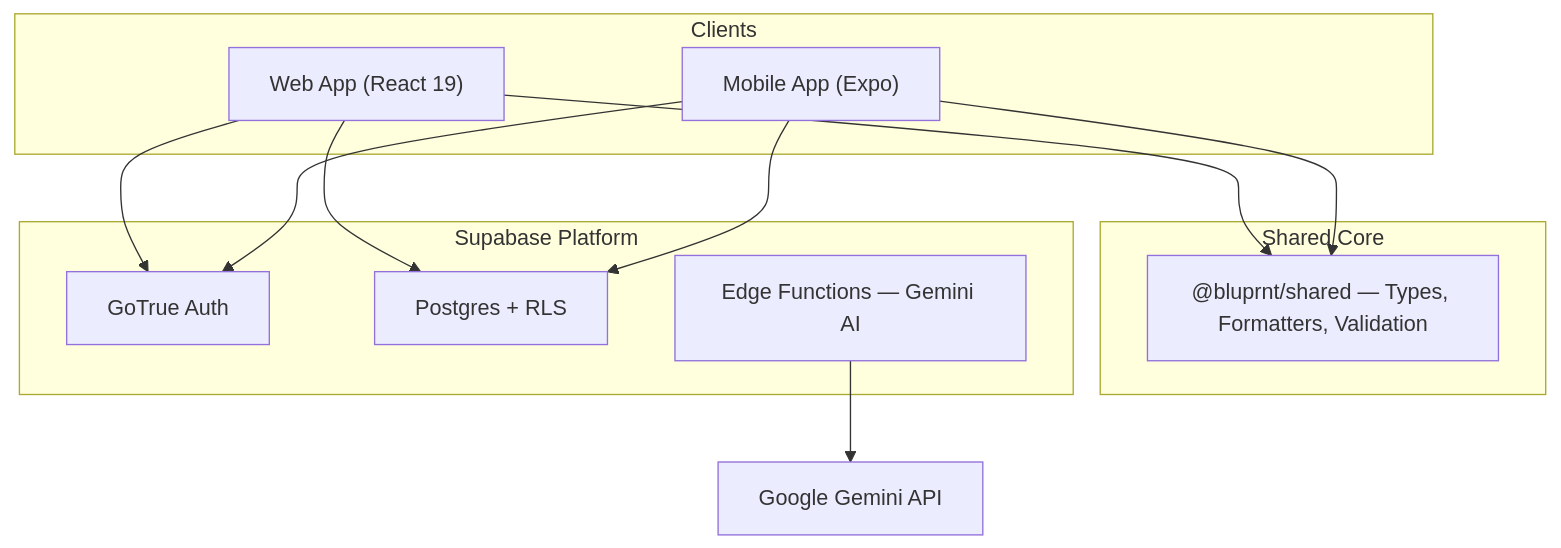
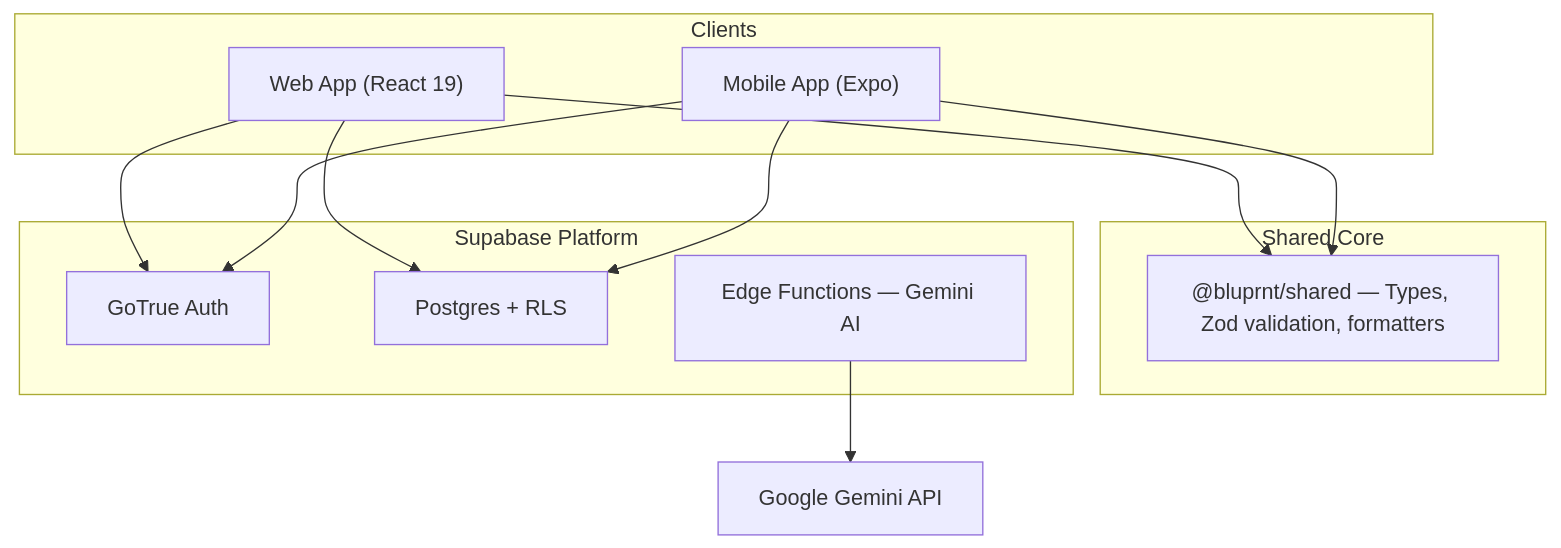
Before and after one commit to bantoinese83/BLUPRNT.AI: the diagram in README.md, drawn with Mermaid. The commit also changed other lines of this file and 46 other files, not shown here.

````diff
--- a/README.md
+++ b/README.md
@@ -42,25 +42,25 @@
 ```mermaid
 flowchart TB
   subgraph clients[Clients]
     Web["Web App (React 19)"]
     Mobile["Mobile App (Expo)"]
   end
 
   subgraph shared_pkg["Shared Core"]
-    SH["@bluprnt/shared — Types, Formatters, Validation"]
+    SH["@bluprnt/shared — Types, Zod validation, formatters"]
   end
 
   subgraph supabase[Supabase Platform]
     Auth[GoTrue Auth]
     DB["Postgres + RLS"]
     Edge[Edge Functions — Gemini AI]
   end
 
   Web --> SH
   Mobile --> SH
   Web --> Auth
   Web --> DB
   Mobile --> Auth
   Mobile --> DB
   Edge --> Gemini[Google Gemini API]
 ```
````
